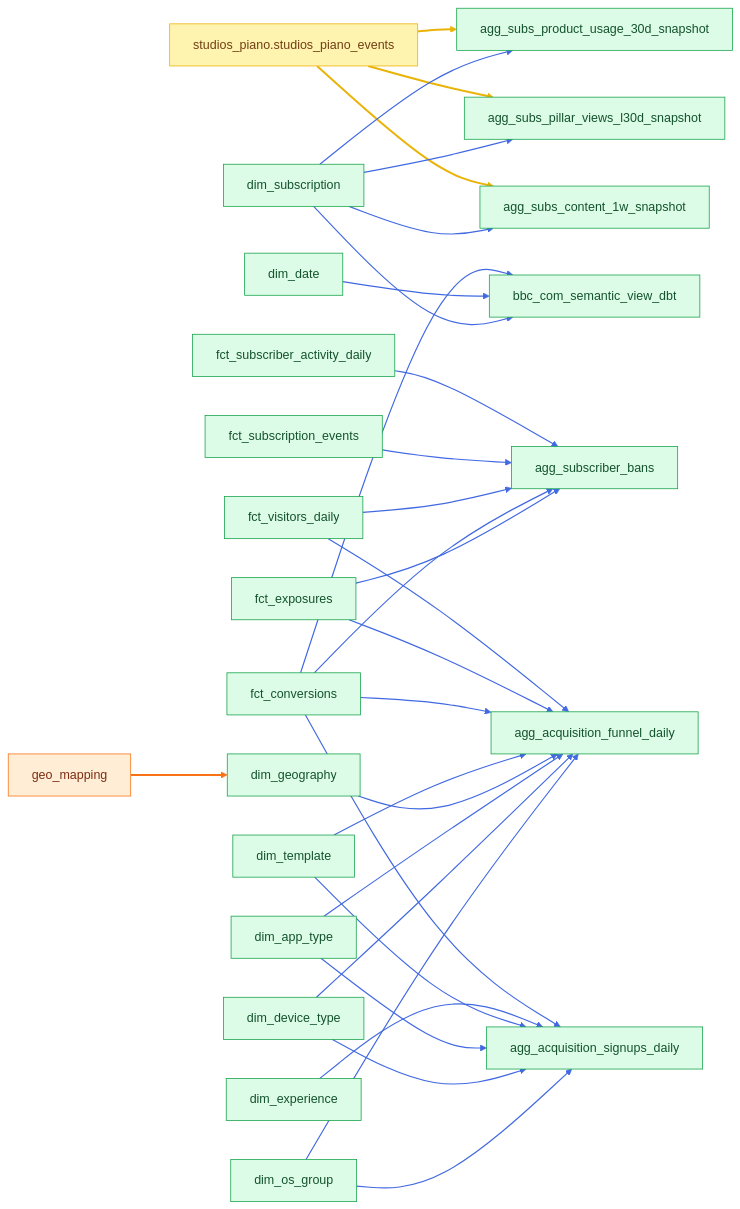
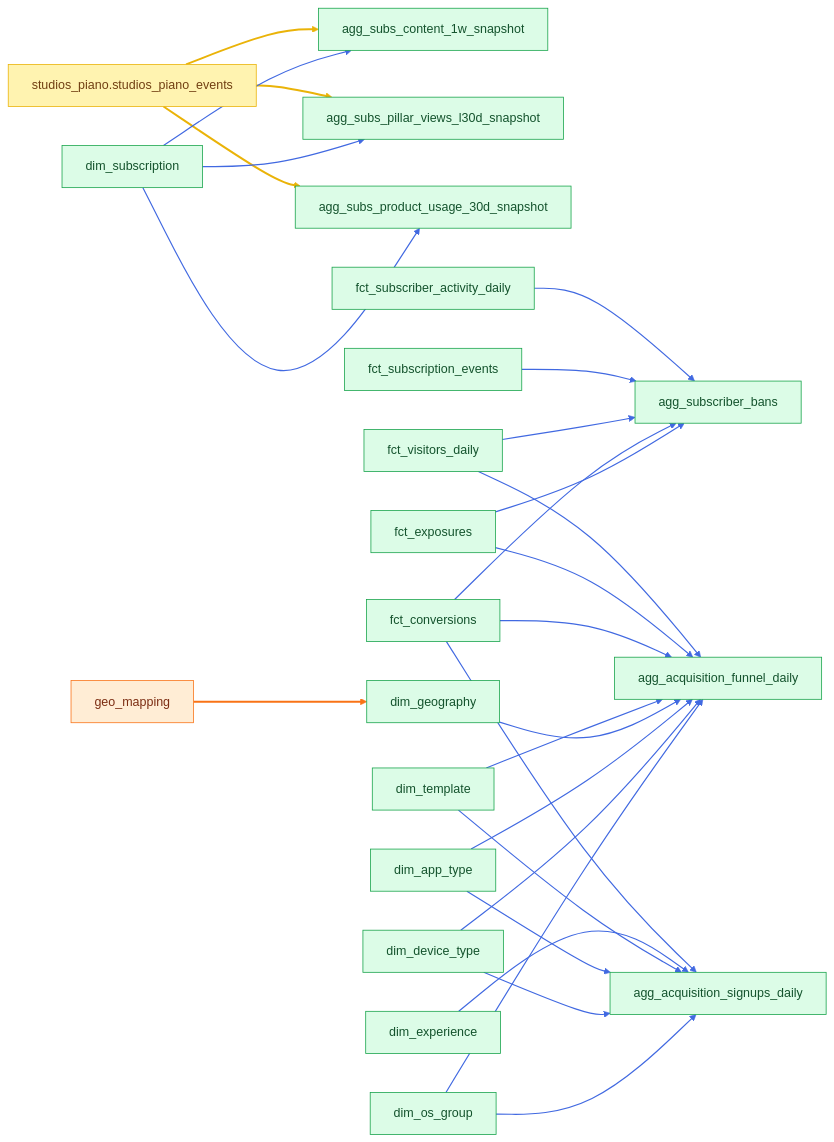
Before and after one commit to angelatanbbc/angela_bbc: the fourth of 5 diagrams in docs/lineage.md, drawn with Mermaid (neutral theme). The commit also changed other lines of this file, not shown here.

First line of the commit message:
Rebuild lineage diagrams and inventory from the current manifest

````diff
--- a/docs/lineage.md
+++ b/docs/lineage.md
@@ -131,38 +137,35 @@
 ```mermaid
 graph LR
     classDef source fill:#fff3b0,stroke:#eab308,color:#713f12
     classDef seed fill:#ffedd5,stroke:#f97316,color:#7c2d12
     classDef mart fill:#dcfce7,stroke:#16a34a,color:#14532d
     piano["studios_piano.studios_piano_events"]:::source --> content["agg_subs_content_1w_snapshot"]:::mart
     piano --> pillars["agg_subs_pillar_views_l30d_snapshot"]:::mart
     piano --> usage["agg_subs_product_usage_30d_snapshot"]:::mart
     subscription["dim_subscription"]:::mart --> content
     subscription --> pillars
     subscription --> usage
     visitors["fct_visitors_daily"]:::mart --> funnel["agg_acquisition_funnel_daily"]:::mart
     exposures["fct_exposures"]:::mart --> funnel
     conversions["fct_conversions"]:::mart --> funnel
     template["dim_template"]:::mart --> funnel
     geography["dim_geography"]:::mart --> funnel
     app["dim_app_type"]:::mart --> funnel
     device["dim_device_type"]:::mart --> funnel
     os["dim_os_group"]:::mart --> funnel
     conversions --> signups["agg_acquisition_signups_daily"]:::mart
     experience["dim_experience"]:::mart --> signups
     template --> signups
     app --> signups
     device --> signups
     os --> signups
     activity["fct_subscriber_activity_daily"]:::mart --> bans["agg_subscriber_bans"]:::mart
     events["fct_subscription_events"]:::mart --> bans
     visitors --> bans
     conversions --> bans
     exposures --> bans
-    conversions --> semantic["bbc_com_semantic_view_dbt"]:::mart
-    date["dim_date"]:::mart --> semantic
-    subscription --> semantic
     geo_seed["geo_mapping"]:::seed --> geography
     linkStyle 0,1,2 stroke:#eab308,stroke-width:2.5px
-    linkStyle 3,4,5,6,7,8,9,10,11,12,13,14,15,16,17,18,19,20,21,22,23,24,25,26,27 stroke:#4169e1,stroke-width:1.5px
-    linkStyle 28 stroke:#f97316,stroke-width:2.5px
+    linkStyle 3,4,5,6,7,8,9,10,11,12,13,14,15,16,17,18,19,20,21,22,23,24 stroke:#4169e1,stroke-width:1.5px
+    linkStyle 25 stroke:#f97316,stroke-width:2.5px
 ```
````
